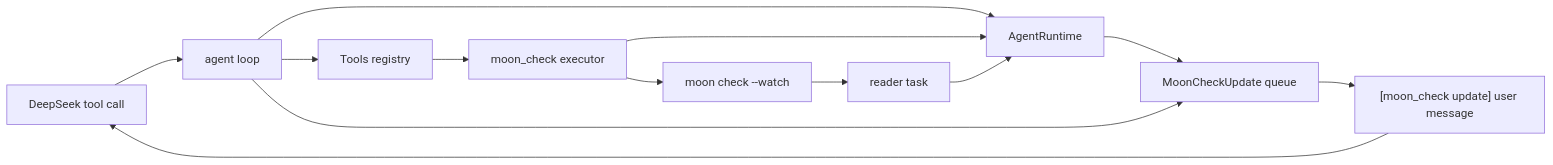
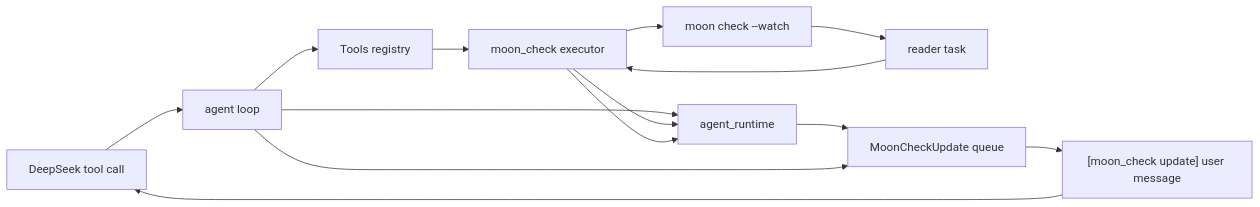
One commit to vectie/openseek changed the diagram in agent_tool/README.mbt.md. Above: the diagram before and after it, drawn with Mermaid. The commit also changed other lines of this file and 17 other files, not shown here.

Commit message:
Refactor agent runtime out of tool registry

````diff
--- a/agent_tool/README.mbt.md
+++ b/agent_tool/README.mbt.md
@@ -56,15 +55,16 @@
 ```mermaid
 flowchart LR
   Model[DeepSeek tool call] --> Agent[agent loop]
   Agent --> Tools[Tools registry]
   Tools --> MoonCheck[moon_check executor]
-  Agent --> Runtime[AgentRuntime]
+  Agent --> Runtime[agent_runtime]
   MoonCheck --> Runtime
   MoonCheck --> Watcher[moon check --watch]
   Watcher --> Monitor[reader task]
-  Monitor --> Runtime
+  Monitor --> MoonCheck
+  MoonCheck --> Runtime
   Runtime --> Queue[MoonCheckUpdate queue]
   Agent --> Queue
   Queue --> Message["[moon_check update] user message"]
   Message --> Model
 ```
````
